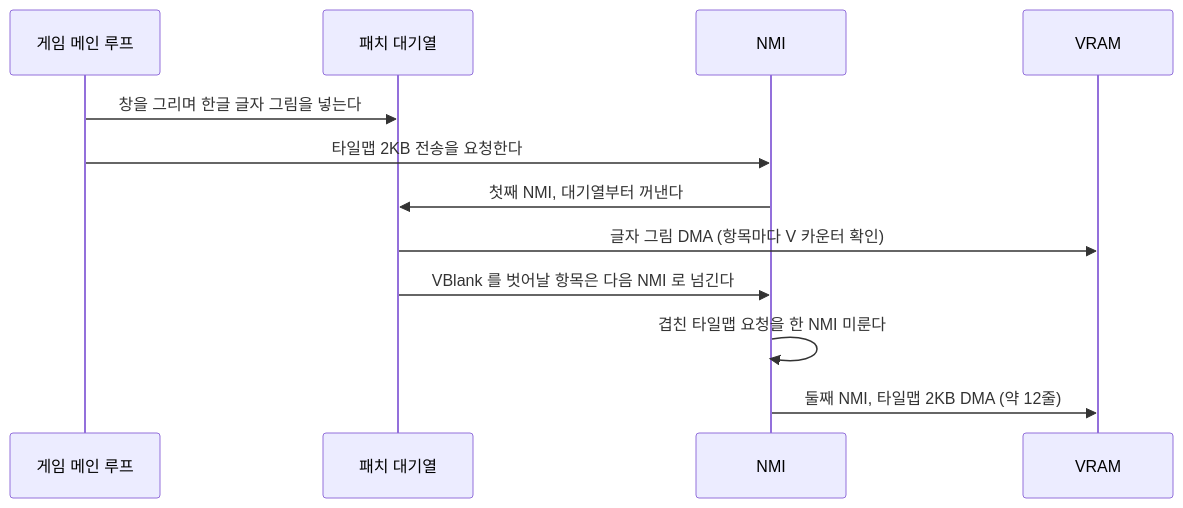
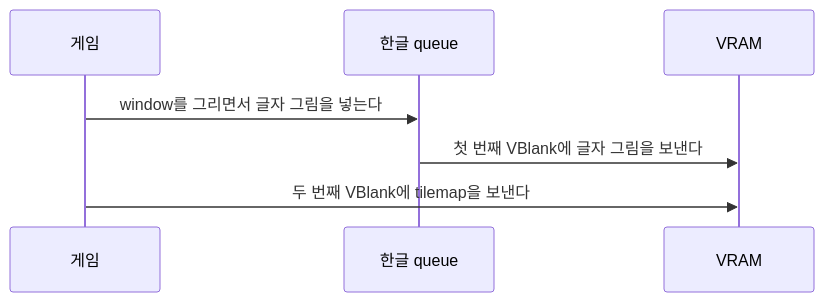
Before and after one commit to perfectacle/perfectacle.github.io: the diagram in src/pages/games/romhacking/journal/dq4/windows.md, drawn with Mermaid. The commit also changed other lines of this file and 13 other files, not shown here.

````diff
--- a/src/pages/games/romhacking/journal/dq4/windows.md
+++ b/src/pages/games/romhacking/journal/dq4/windows.md
@@ -179,14 +149,9 @@
 ```mermaid
 sequenceDiagram
-  participant G as 게임 메인 루프
-  participant Q as 패치 대기열
-  participant N as NMI
+  participant G as 게임
+  participant Q as 한글 queue
   participant V as VRAM
-  G->>Q: 창을 그리며 한글 글자 그림을 넣는다
-  G->>N: 타일맵 2KB 전송을 요청한다
-  N->>Q: 첫째 NMI, 대기열부터 꺼낸다
-  Q->>V: 글자 그림 DMA (항목마다 V 카운터 확인)
-  Q->>N: VBlank 를 벗어날 항목은 다음 NMI 로 넘긴다
-  N->>N: 겹친 타일맵 요청을 한 NMI 미룬다
-  N->>V: 둘째 NMI, 타일맵 2KB DMA (약 12줄)
+  G->>Q: window를 그리면서 글자 그림을 넣는다
+  Q->>V: 첫 번째 VBlank에 글자 그림을 보낸다
+  G->>V: 두 번째 VBlank에 tilemap을 보낸다
 ```
````
